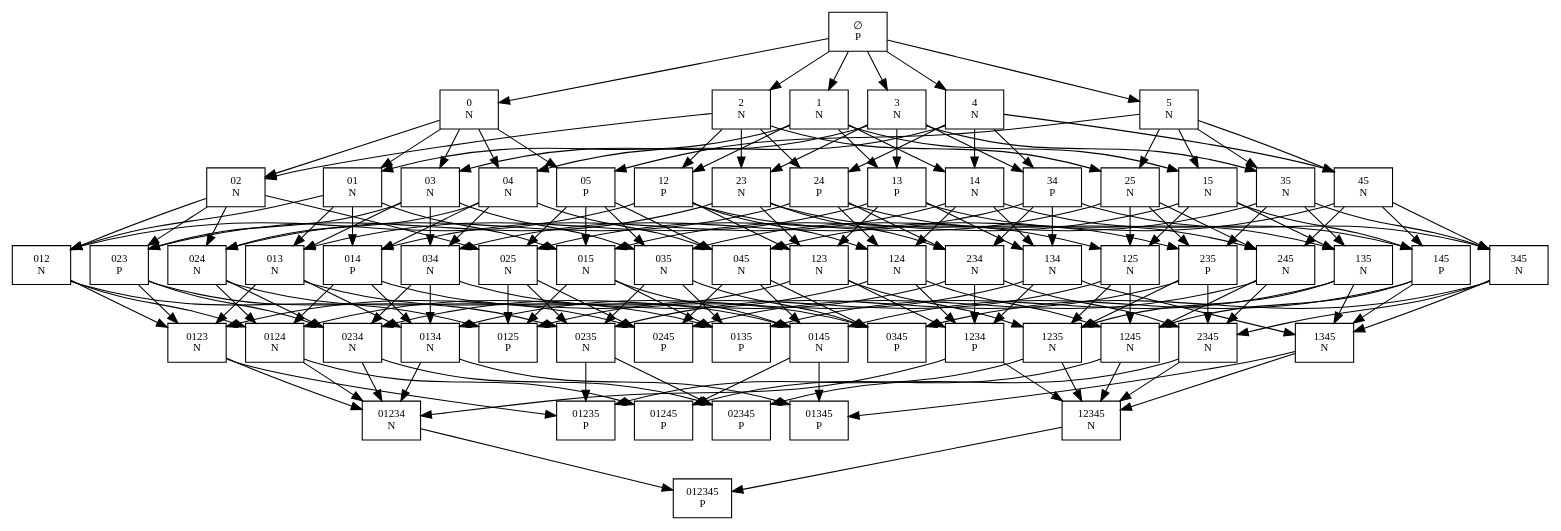
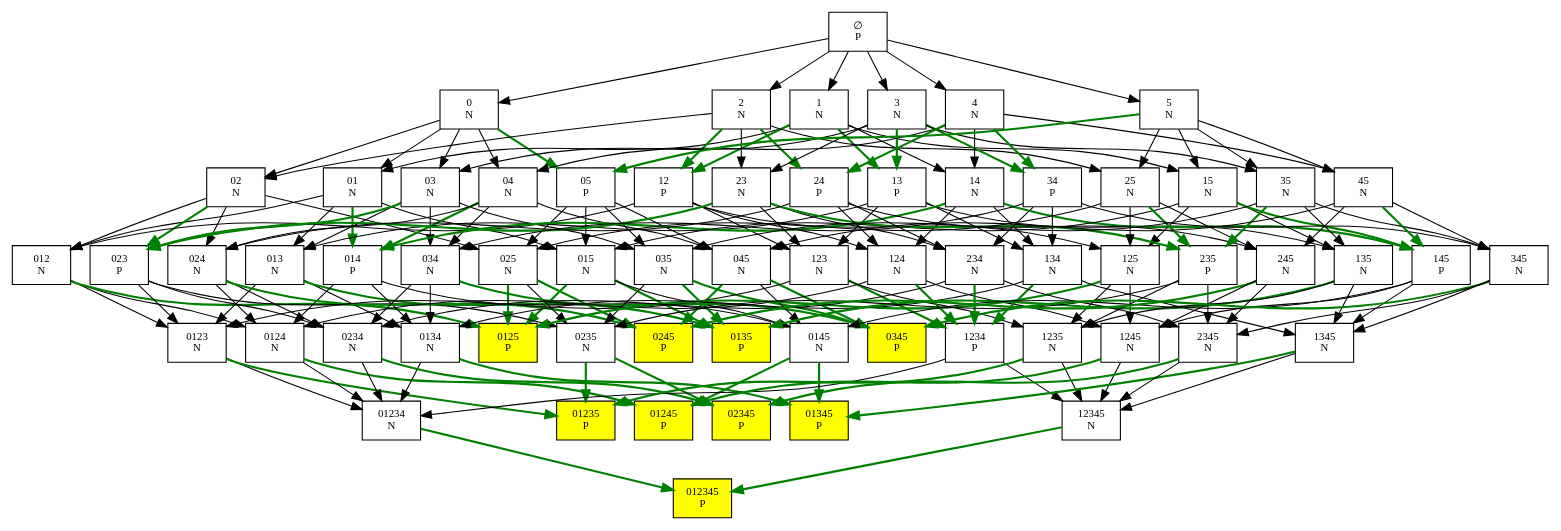
One commit to AdirAli/sparse-ruler-n-p-position changed the diagram in game_tree/decision_tree_012345.dot. Above: the diagram before and after it, drawn with Graphviz. The commit also changed 14 other files, not shown here.

Commit message:
Highlited final p position in yellow and arrows representing "good move" in green

```diff
--- a/game_tree/decision_tree_012345.dot
+++ b/game_tree/decision_tree_012345.dot
@@ -7,29 +7,29 @@
   n3 [label="012\nN"];
   n4 [label="0123\nN"];
   n5 [label="01234\nN"];
-  n6 [label="012345\nP"];
-  n7 [label="01235\nP"];
+  n6 [label="012345\nP", style=filled, fillcolor=yellow];
+  n7 [label="01235\nP", style=filled, fillcolor=yellow];
   n8 [label="0124\nN"];
-  n9 [label="01245\nP"];
-  n10 [label="0125\nP"];
+  n9 [label="01245\nP", style=filled, fillcolor=yellow];
+  n10 [label="0125\nP", style=filled, fillcolor=yellow];
   n11 [label="013\nN"];
   n12 [label="0134\nN"];
-  n13 [label="01345\nP"];
-  n14 [label="0135\nP"];
+  n13 [label="01345\nP", style=filled, fillcolor=yellow];
+  n14 [label="0135\nP", style=filled, fillcolor=yellow];
   n15 [label="014\nP"];
   n16 [label="0145\nN"];
   n17 [label="015\nN"];
   n18 [label="02\nN"];
   n19 [label="023\nP"];
   n20 [label="0234\nN"];
-  n21 [label="02345\nP"];
+  n21 [label="02345\nP", style=filled, fillcolor=yellow];
   n22 [label="0235\nN"];
   n23 [label="024\nN"];
-  n24 [label="0245\nP"];
+  n24 [label="0245\nP", style=filled, fillcolor=yellow];
   n25 [label="025\nN"];
   n26 [label="03\nN"];
   n27 [label="034\nN"];
-  n28 [label="0345\nP"];
+  n28 [label="0345\nP", style=filled, fillcolor=yellow];
   n29 [label="035\nN"];
   n30 [label="04\nN"];
   n31 [label="045\nN"];
@@ -76,73 +76,73 @@
   n1 -> n18;
   n1 -> n26;
   n1 -> n30;
-  n1 -> n32;
+  n1 -> n32 [color=green, penwidth=2.0];
   n2 -> n3;
   n2 -> n11;
-  n2 -> n15;
+  n2 -> n15 [color=green, penwidth=2.0];
   n2 -> n17;
   n3 -> n4;
   n3 -> n8;
-  n3 -> n10;
+  n3 -> n10 [color=green, penwidth=2.0];
   n4 -> n5;
-  n4 -> n7;
-  n5 -> n6;
+  n4 -> n7 [color=green, penwidth=2.0];
+  n5 -> n6 [color=green, penwidth=2.0];
   n8 -> n5;
-  n8 -> n9;
+  n8 -> n9 [color=green, penwidth=2.0];
   n11 -> n4;
   n11 -> n12;
-  n11 -> n14;
+  n11 -> n14 [color=green, penwidth=2.0];
   n12 -> n5;
-  n12 -> n13;
+  n12 -> n13 [color=green, penwidth=2.0];
   n15 -> n8;
   n15 -> n12;
   n15 -> n16;
-  n16 -> n9;
-  n16 -> n13;
-  n17 -> n10;
-  n17 -> n14;
+  n16 -> n9 [color=green, penwidth=2.0];
+  n16 -> n13 [color=green, penwidth=2.0];
+  n17 -> n10 [color=green, penwidth=2.0];
+  n17 -> n14 [color=green, penwidth=2.0];
   n17 -> n16;
   n18 -> n3;
-  n18 -> n19;
+  n18 -> n19 [color=green, penwidth=2.0];
   n18 -> n23;
   n18 -> n25;
   n19 -> n4;
   n19 -> n20;
   n19 -> n22;
   n20 -> n5;
-  n20 -> n21;
-  n22 -> n7;
-  n22 -> n21;
+  n20 -> n21 [color=green, penwidth=2.0];
+  n22 -> n7 [color=green, penwidth=2.0];
+  n22 -> n21 [color=green, penwidth=2.0];
   n23 -> n8;
   n23 -> n20;
-  n23 -> n24;
-  n25 -> n10;
+  n23 -> n24 [color=green, penwidth=2.0];
+  n25 -> n10 [color=green, penwidth=2.0];
   n25 -> n22;
-  n25 -> n24;
+  n25 -> n24 [color=green, penwidth=2.0];
   n26 -> n11;
-  n26 -> n19;
+  n26 -> n19 [color=green, penwidth=2.0];
   n26 -> n27;
   n26 -> n29;
   n27 -> n12;
   n27 -> n20;
-  n27 -> n28;
-  n29 -> n14;
+  n27 -> n28 [color=green, penwidth=2.0];
+  n29 -> n14 [color=green, penwidth=2.0];
   n29 -> n22;
-  n29 -> n28;
-  n30 -> n15;
+  n29 -> n28 [color=green, penwidth=2.0];
+  n30 -> n15 [color=green, penwidth=2.0];
   n30 -> n23;
   n30 -> n27;
   n30 -> n31;
   n31 -> n16;
-  n31 -> n24;
-  n31 -> n28;
+  n31 -> n24 [color=green, penwidth=2.0];
+  n31 -> n28 [color=green, penwidth=2.0];
   n32 -> n17;
   n32 -> n25;
   n32 -> n29;
   n32 -> n31;
   n33 -> n2;
-  n33 -> n34;
-  n33 -> n42;
+  n33 -> n34 [color=green, penwidth=2.0];
+  n33 -> n42 [color=green, penwidth=2.0];
   n33 -> n46;
   n33 -> n48;
   n34 -> n3;
@@ -150,19 +150,19 @@
   n34 -> n39;
   n34 -> n41;
   n35 -> n4;
-  n35 -> n36;
+  n35 -> n36 [color=green, penwidth=2.0];
   n35 -> n38;
   n36 -> n5;
   n36 -> n37;
-  n37 -> n6;
-  n38 -> n7;
+  n37 -> n6 [color=green, penwidth=2.0];
+  n38 -> n7 [color=green, penwidth=2.0];
   n38 -> n37;
   n39 -> n8;
-  n39 -> n36;
+  n39 -> n36 [color=green, penwidth=2.0];
   n39 -> n40;
-  n40 -> n9;
+  n40 -> n9 [color=green, penwidth=2.0];
   n40 -> n37;
-  n41 -> n10;
+  n41 -> n10 [color=green, penwidth=2.0];
   n41 -> n38;
   n41 -> n40;
   n42 -> n11;
@@ -170,37 +170,37 @@
   n42 -> n43;
   n42 -> n45;
   n43 -> n12;
-  n43 -> n36;
+  n43 -> n36 [color=green, penwidth=2.0];
   n43 -> n44;
-  n44 -> n13;
+  n44 -> n13 [color=green, penwidth=2.0];
   n44 -> n37;
-  n45 -> n14;
+  n45 -> n14 [color=green, penwidth=2.0];
   n45 -> n38;
   n45 -> n44;
-  n46 -> n15;
+  n46 -> n15 [color=green, penwidth=2.0];
   n46 -> n39;
   n46 -> n43;
-  n46 -> n47;
+  n46 -> n47 [color=green, penwidth=2.0];
   n47 -> n16;
   n47 -> n40;
   n47 -> n44;
   n48 -> n17;
   n48 -> n41;
   n48 -> n45;
-  n48 -> n47;
+  n48 -> n47 [color=green, penwidth=2.0];
   n49 -> n18;
-  n49 -> n34;
+  n49 -> n34 [color=green, penwidth=2.0];
   n49 -> n50;
-  n49 -> n54;
+  n49 -> n54 [color=green, penwidth=2.0];
   n49 -> n56;
-  n50 -> n19;
+  n50 -> n19 [color=green, penwidth=2.0];
   n50 -> n35;
   n50 -> n51;
-  n50 -> n53;
+  n50 -> n53 [color=green, penwidth=2.0];
   n51 -> n20;
-  n51 -> n36;
+  n51 -> n36 [color=green, penwidth=2.0];
   n51 -> n52;
-  n52 -> n21;
+  n52 -> n21 [color=green, penwidth=2.0];
   n52 -> n37;
   n53 -> n22;
   n53 -> n38;
@@ -209,39 +209,39 @@
   n54 -> n39;
   n54 -> n51;
   n54 -> n55;
-  n55 -> n24;
+  n55 -> n24 [color=green, penwidth=2.0];
   n55 -> n40;
   n55 -> n52;
   n56 -> n25;
   n56 -> n41;
-  n56 -> n53;
+  n56 -> n53 [color=green, penwidth=2.0];
   n56 -> n55;
   n57 -> n26;
-  n57 -> n42;
+  n57 -> n42 [color=green, penwidth=2.0];
   n57 -> n50;
-  n57 -> n58;
+  n57 -> n58 [color=green, penwidth=2.0];
   n57 -> n60;
   n58 -> n27;
   n58 -> n43;
   n58 -> n51;
   n58 -> n59;
-  n59 -> n28;
+  n59 -> n28 [color=green, penwidth=2.0];
   n59 -> n44;
   n59 -> n52;
   n60 -> n29;
   n60 -> n45;
-  n60 -> n53;
+  n60 -> n53 [color=green, penwidth=2.0];
   n60 -> n59;
   n61 -> n30;
   n61 -> n46;
-  n61 -> n54;
-  n61 -> n58;
+  n61 -> n54 [color=green, penwidth=2.0];
+  n61 -> n58 [color=green, penwidth=2.0];
   n61 -> n62;
   n62 -> n31;
-  n62 -> n47;
+  n62 -> n47 [color=green, penwidth=2.0];
   n62 -> n55;
   n62 -> n59;
-  n63 -> n32;
+  n63 -> n32 [color=green, penwidth=2.0];
   n63 -> n48;
   n63 -> n56;
   n63 -> n60;
```
